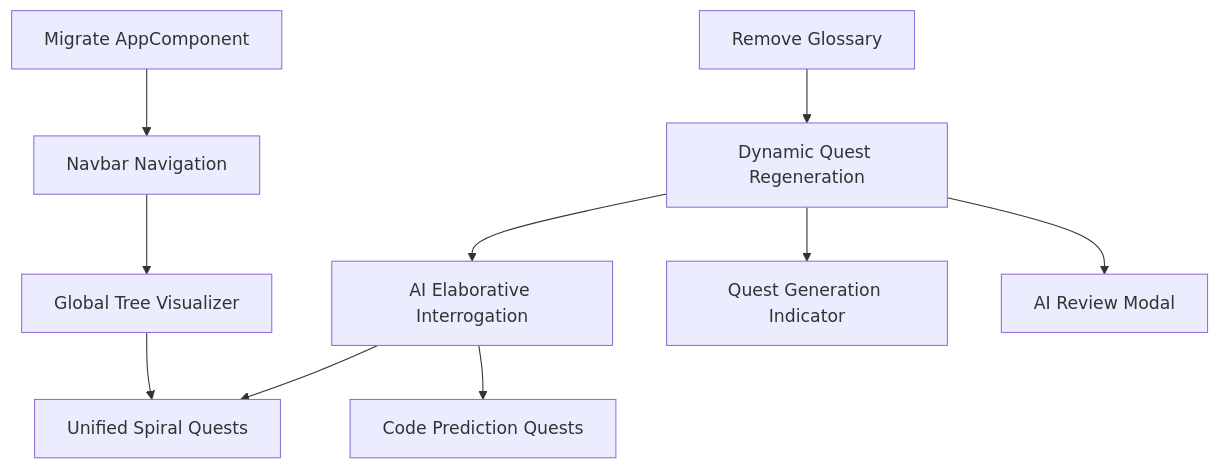
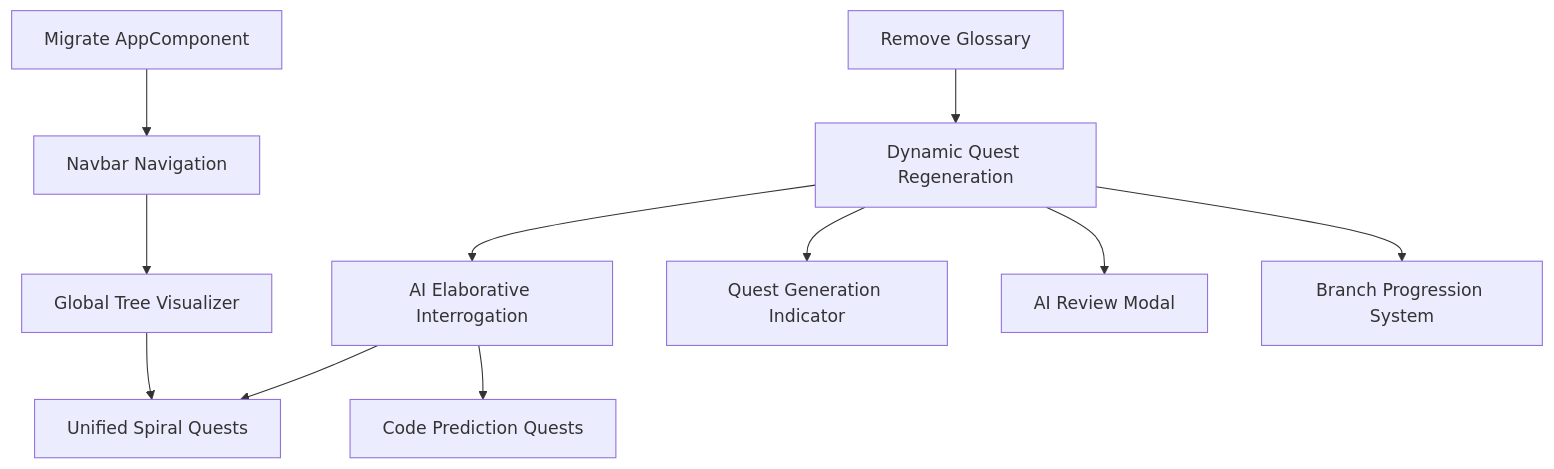
The diagram in design/phase3/phase3_main.md (gocklkatz/cos-quest-master), drawn with Mermaid before and after one commit. The commit also changed other lines of this file and 1 other file, not shown here.

First line of the commit message:
Docs: Add Feature 12 — Branch Progression System spec

````diff
--- a/design/phase3/phase3_main.md
+++ b/design/phase3/phase3_main.md
@@ -64,12 +65,13 @@
 ```mermaid
 graph TD
     C1[Remove Glossary] --> F1[Dynamic Quest Regeneration]
     F1 --> F2[AI Elaborative Interrogation]
     F2 --> F5[Unified Spiral Quests]
     F2 --> F6[Code Prediction Quests]
     F4[Global Tree Visualizer] --> F5
     C4[Migrate AppComponent] --> C3
     C3[Navbar Navigation] --> F4
     F1 --> F9[Quest Generation Indicator]
     F1 --> F10[AI Review Modal]
+    F1 --> F12[Branch Progression System]
 ```
````
